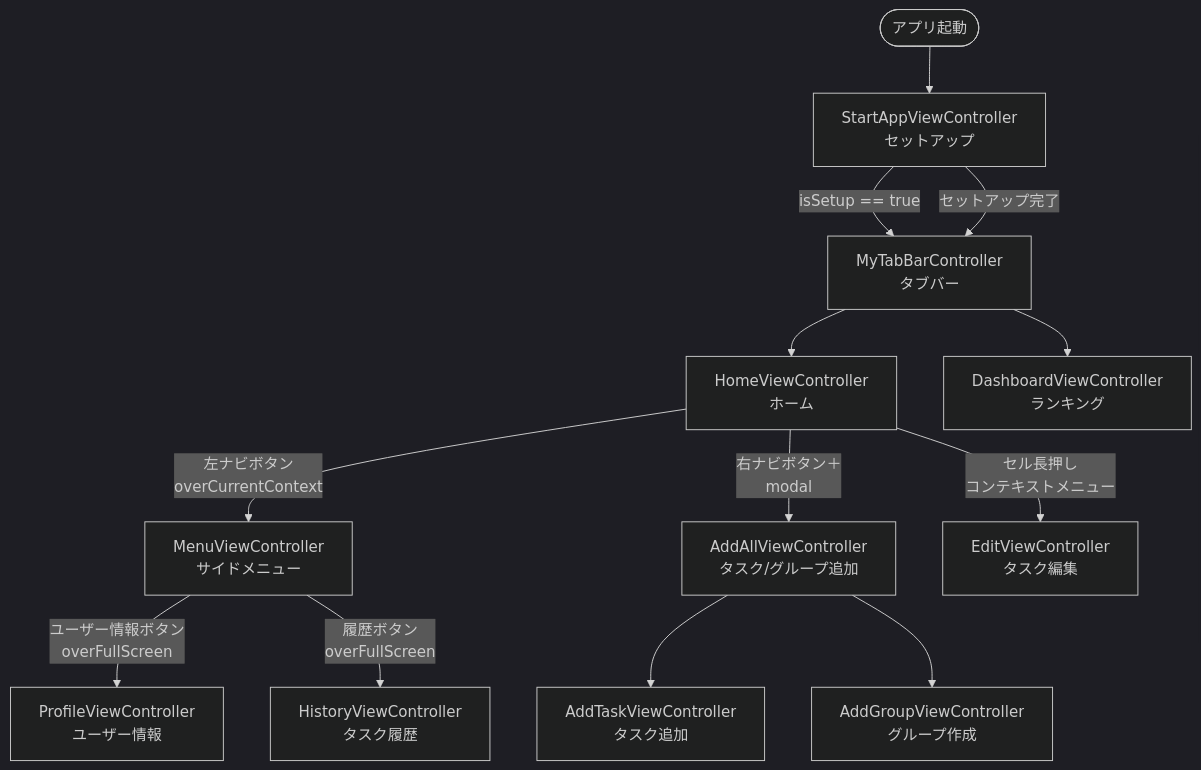
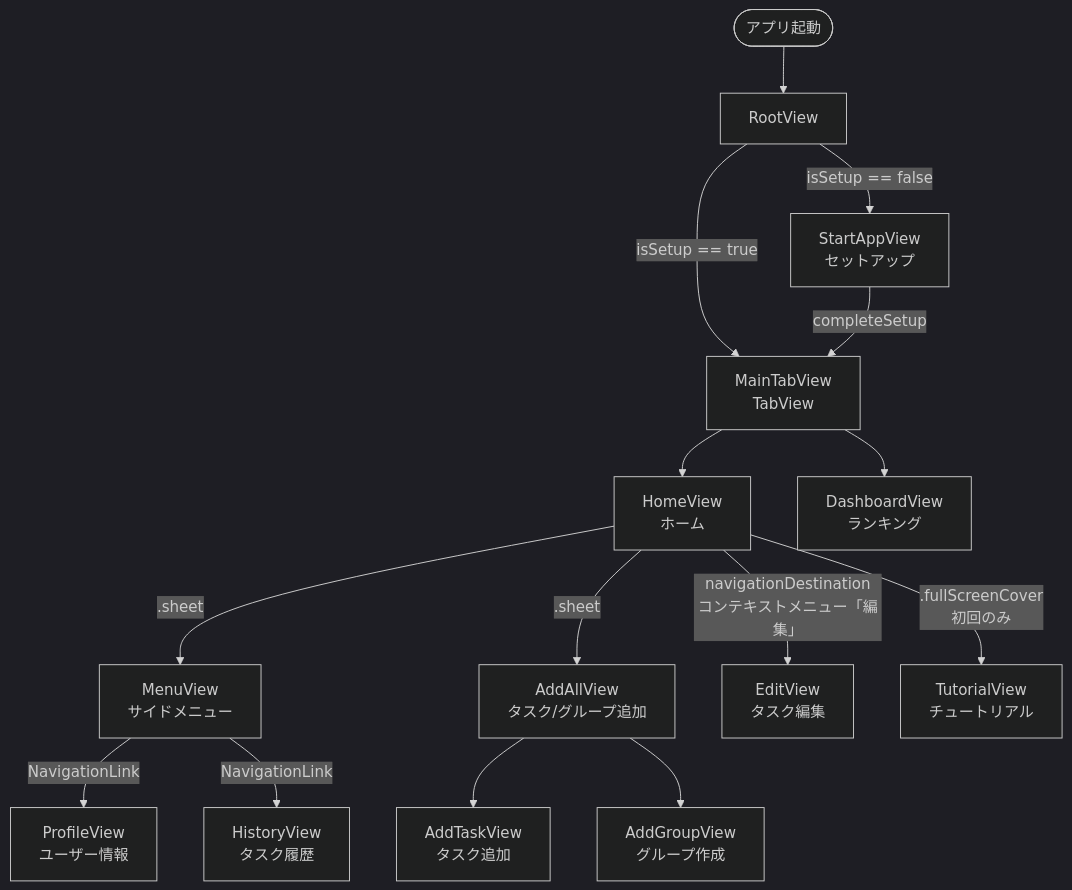
One commit to Nao-RandD/buntan changed the diagram in docs/functional-design.md. Above: the diagram before and after it, drawn with Mermaid (dark theme). The commit also changed other lines of this file and 4 other files, not shown here.

````diff
--- a/docs/functional-design.md
+++ b/docs/functional-design.md
@@ -82,20 +79,23 @@
 ```mermaid
 flowchart TD
-    Launch([アプリ起動]) --> Start[StartAppViewController\nセットアップ]
-    Start -->|isSetup == true| Tab
-    Start -->|セットアップ完了| Tab
+    Launch([アプリ起動]) --> Root[RootView]
+    Root -->|isSetup == false| Start[StartAppView\nセットアップ]
+    Root -->|isSetup == true| Tab
 
-    Tab[MyTabBarController\nタブバー]
-    Tab --> Home[HomeViewController\nホーム]
-    Tab --> Dashboard[DashboardViewController\nランキング]
+    Start -->|completeSetup| Tab
 
-    Home -->|左ナビボタン\noverCurrentContext| Menu[MenuViewController\nサイドメニュー]
-    Menu -->|ユーザー情報ボタン\noverFullScreen| Profile[ProfileViewController\nユーザー情報]
-    Menu -->|履歴ボタン\noverFullScreen| History[HistoryViewController\nタスク履歴]
+    Tab[MainTabView\nTabView]
+    Tab --> Home[HomeView\nホーム]
+    Tab --> Dashboard[DashboardView\nランキング]
 
-    Home -->|右ナビボタン＋\nmodal| AddAll[AddAllViewController\nタスク/グループ追加]
-    AddAll --> AddTask[AddTaskViewController\nタスク追加]
-    AddAll --> AddGroup[AddGroupViewController\nグループ作成]
+    Home -->|.sheet| Menu[MenuView\nサイドメニュー]
+    Menu -->|NavigationLink| Profile[ProfileView\nユーザー情報]
+    Menu -->|NavigationLink| History[HistoryView\nタスク履歴]
 
-    Home -->|セル長押し\nコンテキストメニュー| Edit[EditViewController\nタスク編集]
+    Home -->|.sheet| AddAll[AddAllView\nタスク/グループ追加]
+    AddAll --> AddTask[AddTaskView\nタスク追加]
+    AddAll --> AddGroup[AddGroupView\nグループ作成]
+
+    Home -->|navigationDestination\nコンテキストメニュー「編集」| Edit[EditView\nタスク編集]
+    Home -->|.fullScreenCover\n初回のみ| Tutorial[TutorialView\nチュートリアル]
 ```
````
